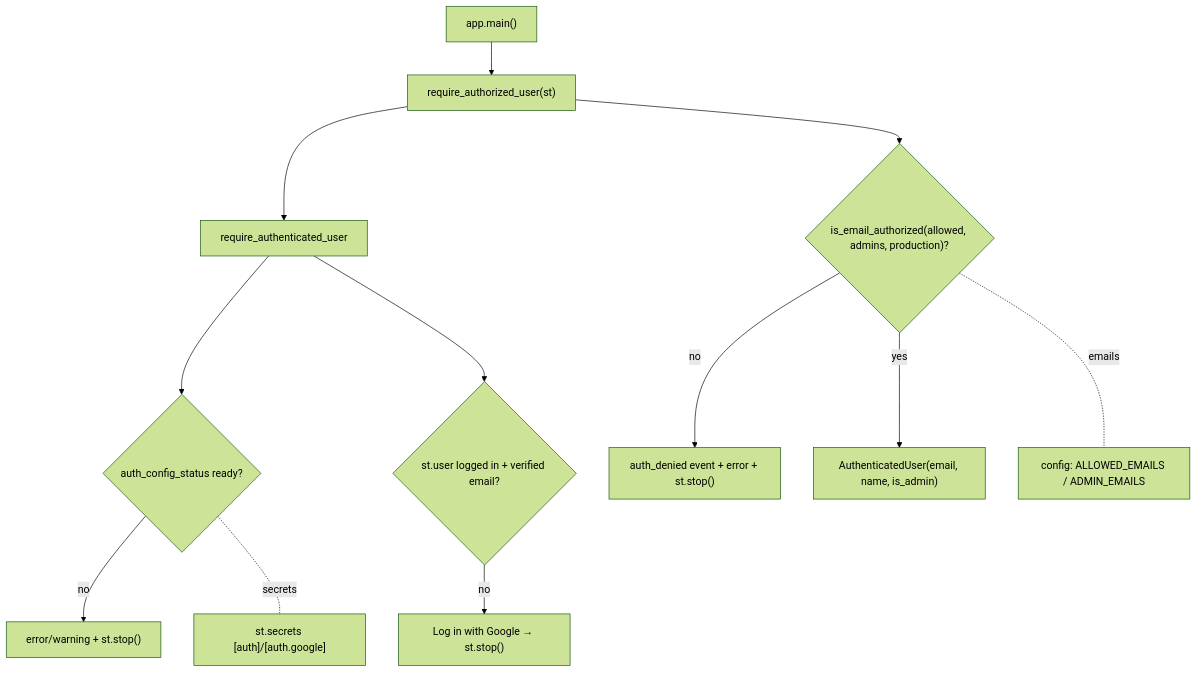
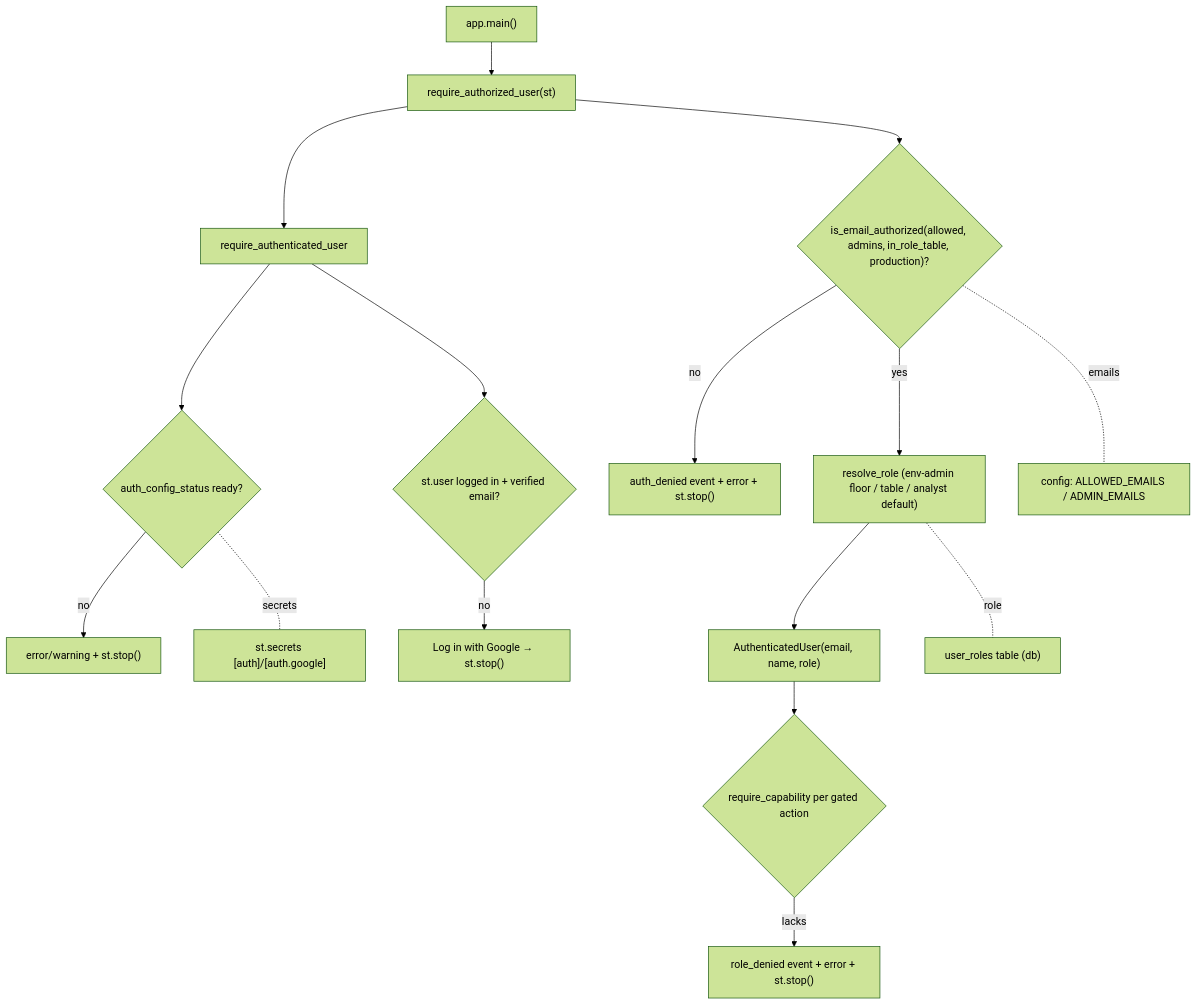
The diagram in docs/architecture/components/authentication.md (DoRmAmMu1997/Streamlit-Scanner-App), drawn with Mermaid (forest theme) before and after one commit. The commit also changed other lines of this file and 22 other files, not shown here.

````diff
--- a/docs/architecture/components/authentication.md
+++ b/docs/architecture/components/authentication.md
@@ -26,14 +27,18 @@
 ```mermaid
 flowchart TD
     MAIN["app.main()"] --> RA["require_authorized_user(st)"]
     RA --> AUTHN["require_authenticated_user"]
     AUTHN --> CFG{"auth_config_status ready?"}
     CFG -->|no| STOP1["error/warning + st.stop()"]
     AUTHN --> LOGIN{"st.user logged in + verified email?"}
     LOGIN -->|no| BTN["Log in with Google → st.stop()"]
-    RA --> AUTHZ{"is_email_authorized(allowed, admins, production)?"}
+    RA --> AUTHZ{"is_email_authorized(allowed, admins, in_role_table, production)?"}
     AUTHZ -->|no| DENY["auth_denied event + error + st.stop()"]
-    AUTHZ -->|yes| USER["AuthenticatedUser(email, name, is_admin)"]
+    AUTHZ -->|yes| RESOLVE["resolve_role (env-admin floor / table / analyst default)"]
+    RESOLVE --> USER["AuthenticatedUser(email, name, role)"]
+    USER --> CAP{"require_capability per gated action"}
+    CAP -->|lacks| RDENY["role_denied event + error + st.stop()"]
     CFG -. secrets .- SEC["st.secrets [auth]/[auth.google]"]
     AUTHZ -. emails .- CONF["config: ALLOWED_EMAILS / ADMIN_EMAILS"]
+    RESOLVE -. role .- DB["user_roles table (db)"]
 ```
````
